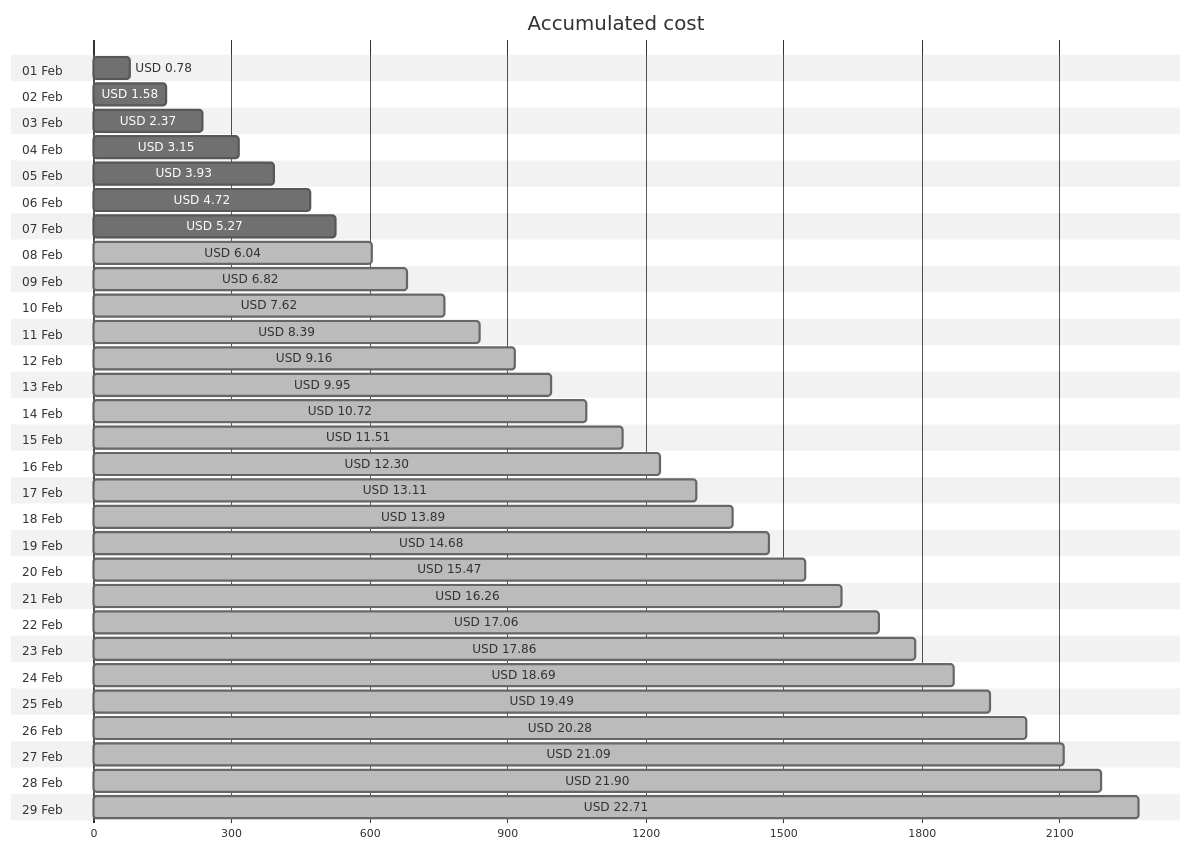
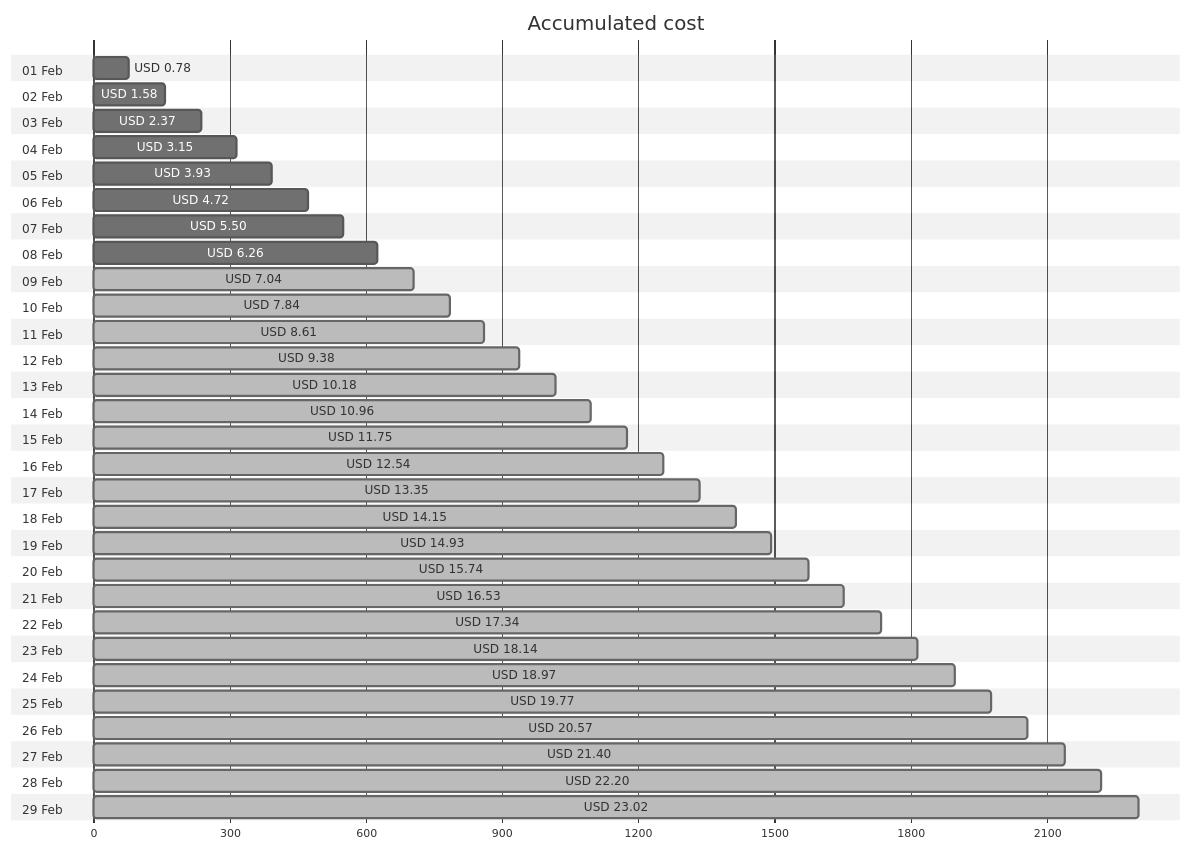
The first of 4 diagrams in cost-reports/personal-network/backup-server-data-disk.md (jpfulton/azure-personal-reports), drawn with Mermaid (neutral theme) before and after one commit. The commit also changed other lines of this file and 8 other files, not shown here.

````diff
--- a/cost-reports/personal-network/backup-server-data-disk.md
+++ b/cost-reports/personal-network/backup-server-data-disk.md
@@ -20,64 +20,64 @@
 ```mermaid
 gantt
    title Accumulated cost
    dateFormat  X
    axisFormat %s
    section 01 Feb
    USD 0.78 :0, 78
    section 02 Feb
    USD 1.58 :0, 158
    section 03 Feb
    USD 2.37 :0, 237
    section 04 Feb
    USD 3.15 :0, 315
    section 05 Feb
    USD 3.93 :0, 393
    section 06 Feb
    USD 4.72 :0, 472
    section 07 Feb
-   USD 5.27 :0, 527
+   USD 5.50 :0, 550
    section 08 Feb
-   USD 6.04 : done, 0, 604
+   USD 6.26 :0, 626
    section 09 Feb
-   USD 6.82 : done, 0, 682
+   USD 7.04 : done, 0, 704
    section 10 Feb
-   USD 7.62 : done, 0, 762
+   USD 7.84 : done, 0, 784
    section 11 Feb
-   USD 8.39 : done, 0, 839
+   USD 8.61 : done, 0, 861
    section 12 Feb
-   USD 9.16 : done, 0, 916
+   USD 9.38 : done, 0, 938
    section 13 Feb
-   USD 9.95 : done, 0, 995
+   USD 10.18 : done, 0, 1018
    section 14 Feb
-   USD 10.72 : done, 0, 1072
+   USD 10.96 : done, 0, 1096
    section 15 Feb
-   USD 11.51 : done, 0, 1151
+   USD 11.75 : done, 0, 1175
    section 16 Feb
-   USD 12.30 : done, 0, 1230
+   USD 12.54 : done, 0, 1254
    section 17 Feb
-   USD 13.11 : done, 0, 1311
+   USD 13.35 : done, 0, 1335
    section 18 Feb
-   USD 13.89 : done, 0, 1389
+   USD 14.15 : done, 0, 1415
    section 19 Feb
-   USD 14.68 : done, 0, 1468
+   USD 14.93 : done, 0, 1493
    section 20 Feb
-   USD 15.47 : done, 0, 1547
+   USD 15.74 : done, 0, 1574
    section 21 Feb
-   USD 16.26 : done, 0, 1626
+   USD 16.53 : done, 0, 1653
    section 22 Feb
-   USD 17.06 : done, 0, 1706
+   USD 17.34 : done, 0, 1734
    section 23 Feb
-   USD 17.86 : done, 0, 1786
+   USD 18.14 : done, 0, 1814
    section 24 Feb
-   USD 18.69 : done, 0, 1869
+   USD 18.97 : done, 0, 1897
    section 25 Feb
-   USD 19.49 : done, 0, 1949
+   USD 19.77 : done, 0, 1977
    section 26 Feb
-   USD 20.28 : done, 0, 2028
+   USD 20.57 : done, 0, 2057
    section 27 Feb
-   USD 21.09 : done, 0, 2109
+   USD 21.40 : done, 0, 2140
    section 28 Feb
-   USD 21.90 : done, 0, 2190
+   USD 22.20 : done, 0, 2220
    section 29 Feb
-   USD 22.71 : done, 0, 2271
+   USD 23.02 : done, 0, 2302
 ```
````
